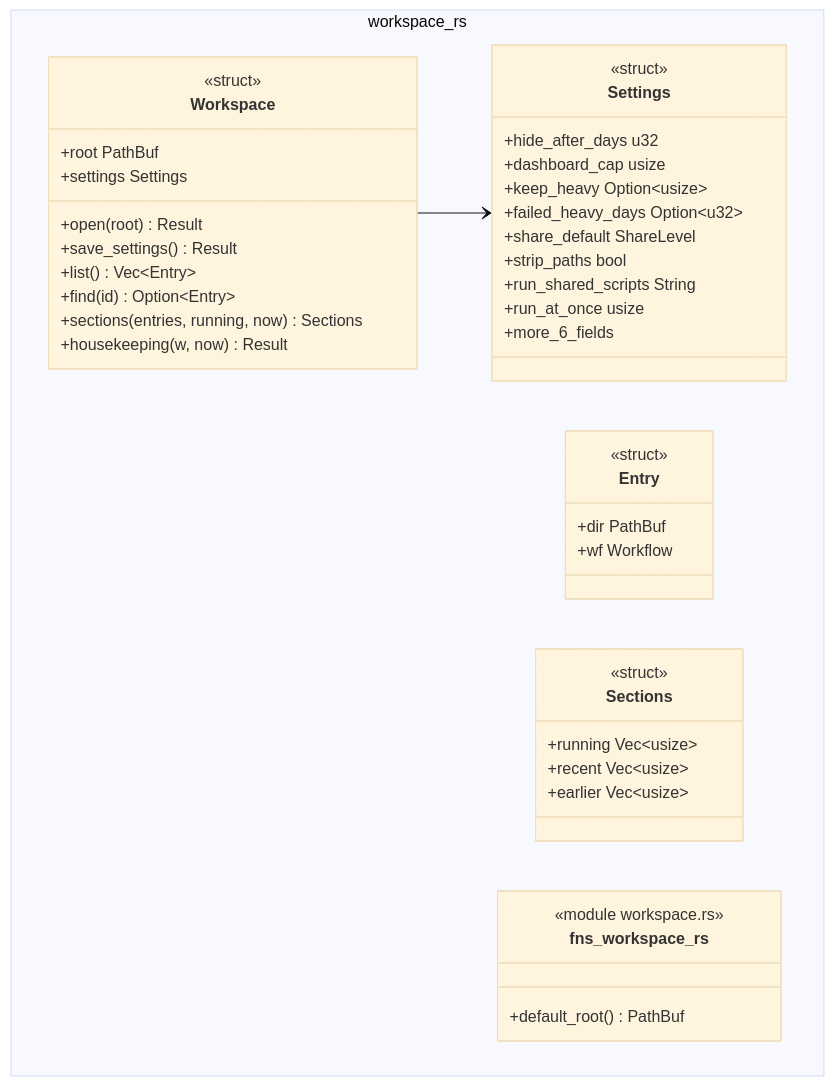
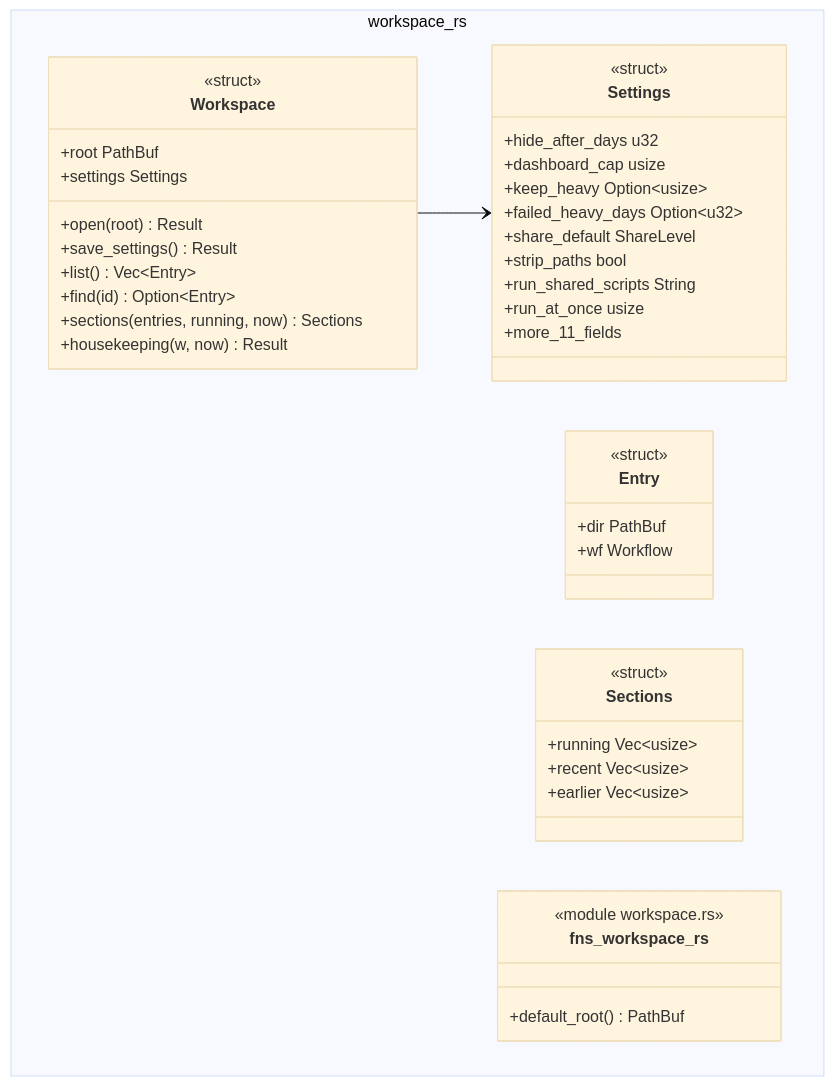
The diagram in docs/architecture/c4/4-code/store/workspace.md (p-j-r/nyx), drawn with Mermaid (base theme) before and after one commit. The commit also changed other lines of this file and 39 other files, not shown here.

````diff
--- a/docs/architecture/c4/4-code/store/workspace.md
+++ b/docs/architecture/c4/4-code/store/workspace.md
@@ -37,44 +37,44 @@
 ```mermaid
 classDiagram
   namespace workspace_rs {
     class Settings {
         <<struct>>
         +hide_after_days u32
         +dashboard_cap usize
         +keep_heavy Option~usize~
         +failed_heavy_days Option~u32~
         +share_default ShareLevel
         +strip_paths bool
         +run_shared_scripts String
         +run_at_once usize
-        +more_6_fields
+        +more_11_fields
     }
     class Entry {
         <<struct>>
         +dir PathBuf
         +wf Workflow
     }
     class Sections {
         <<struct>>
         +running Vec~usize~
         +recent Vec~usize~
         +earlier Vec~usize~
     }
     class Workspace {
         <<struct>>
         +root PathBuf
         +settings Settings
         +open(root) Result
         +save_settings() Result
         +list() Vec~Entry~
         +find(id) Option~Entry~
         +sections(entries, running, now) Sections
         +housekeeping(w, now) Result
     }
     class fns_workspace_rs {
         <<module workspace.rs>>
         +default_root() PathBuf
     }
   }
   Workspace --> Settings
 ```
````
